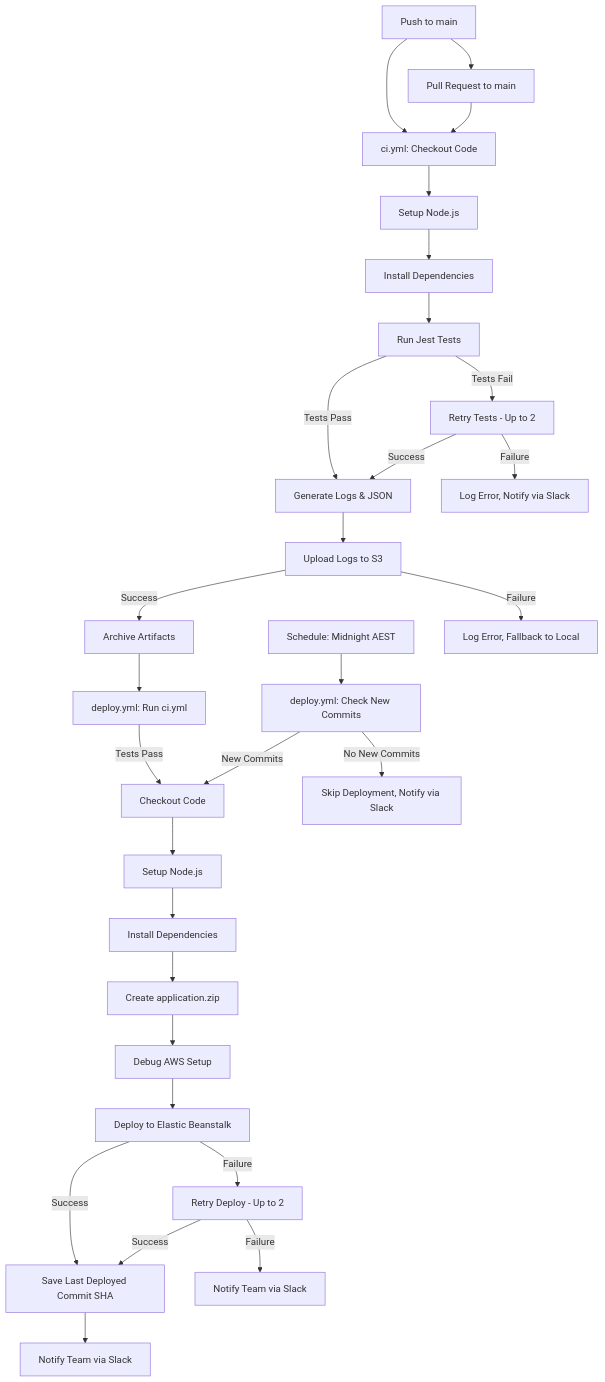
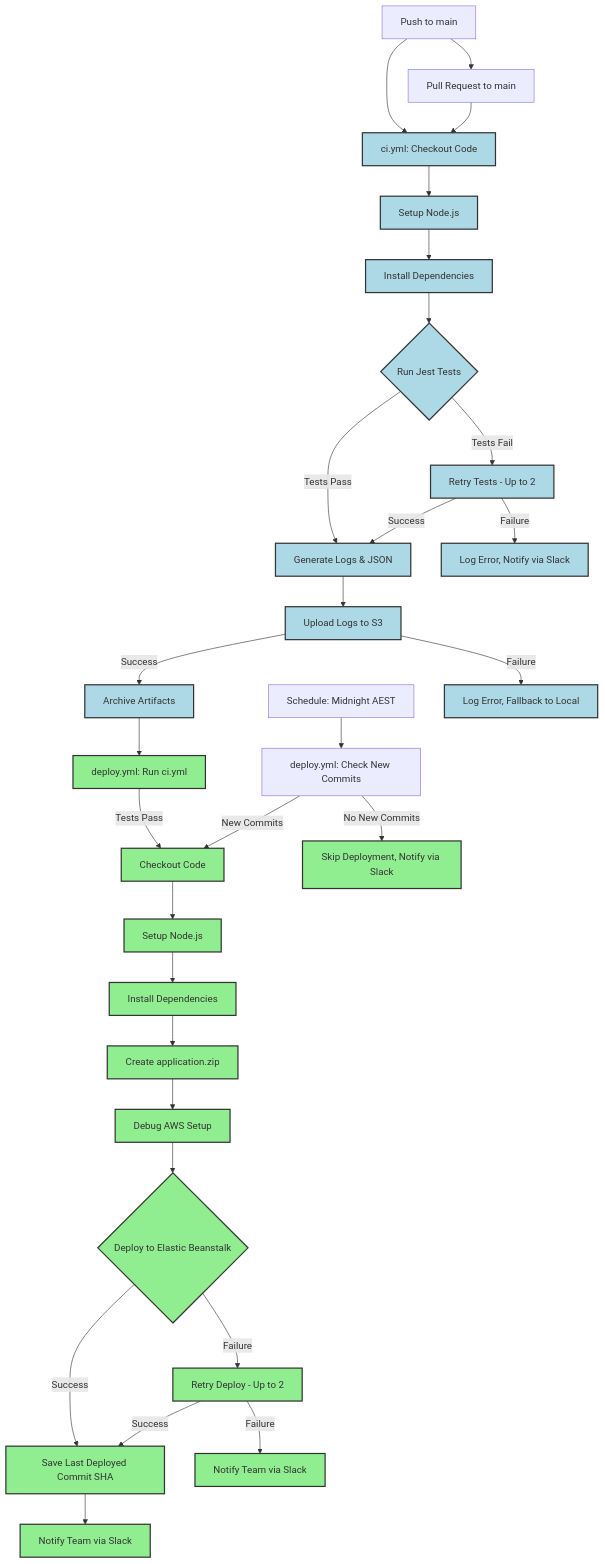
The first of 3 diagrams in README.md (Evan-Codes88/CI-CD-api), drawn with Mermaid before and after one commit. The commit also changed other lines of this file, not shown here.

````diff
--- a/README.md
+++ b/README.md
@@ -61,31 +61,35 @@
 ```mermaid
 graph TD
     A[Push to main] --> B[ci.yml: Checkout Code]
     A --> C[Pull Request to main]
     C --> B
     D[Schedule: Midnight AEST] --> E[deploy.yml: Check New Commits]
     B --> F[Setup Node.js]
     F --> G[Install Dependencies]
-    G --> H[Run Jest Tests]
+    G --> H{Run Jest Tests}
     H -->|Tests Pass| I[Generate Logs & JSON]
     H -->|Tests Fail| J[Retry Tests - Up to 2]
     J -->|Success| I
     J -->|Failure| K[Log Error, Notify via Slack]
     I --> L[Upload Logs to S3]
     L -->|Success| M[Archive Artifacts]
     L -->|Failure| N[Log Error, Fallback to Local]
     M --> O[deploy.yml: Run ci.yml]
     O -->|Tests Pass| P[Checkout Code]
     P --> Q[Setup Node.js]
     Q --> R[Install Dependencies]
     R --> S[Create application.zip]
     S --> T[Debug AWS Setup]
-    T --> U[Deploy to Elastic Beanstalk]
+    T --> U{Deploy to Elastic Beanstalk}
     U -->|Success| V[Save Last Deployed Commit SHA]
     V --> W[Notify Team via Slack]
     U -->|Failure| X[Retry Deploy - Up to 2]
     X -->|Success| V
     X -->|Failure| Y[Notify Team via Slack]
     E -->|New Commits| P
     E -->|No New Commits| Z[Skip Deployment, Notify via Slack]
+    classDef ci fill:#ADD8E6,stroke:#333,stroke-width:2px;
+    classDef deploy fill:#90EE90,stroke:#333,stroke-width:2px;
+    class B,F,G,H,I,J,K,L,M,N ci;
+    class O,P,Q,R,S,T,U,V,W,X,Y,Z deploy;
 ```
````
